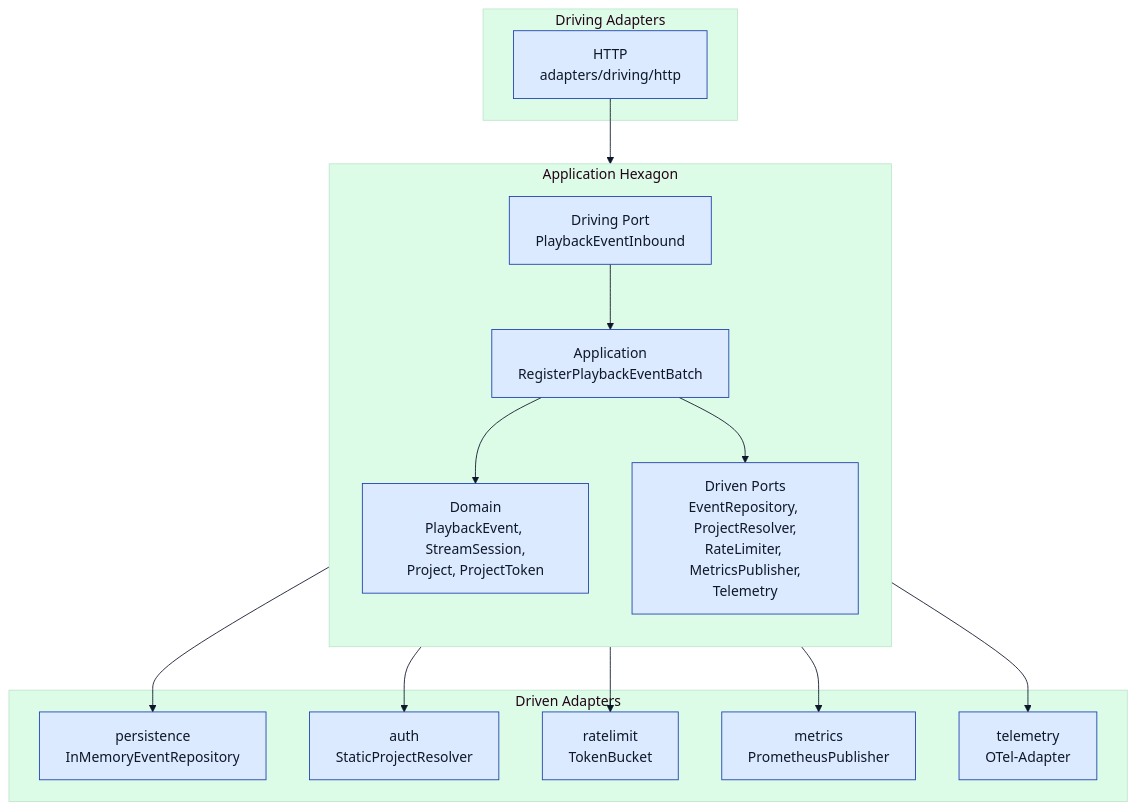
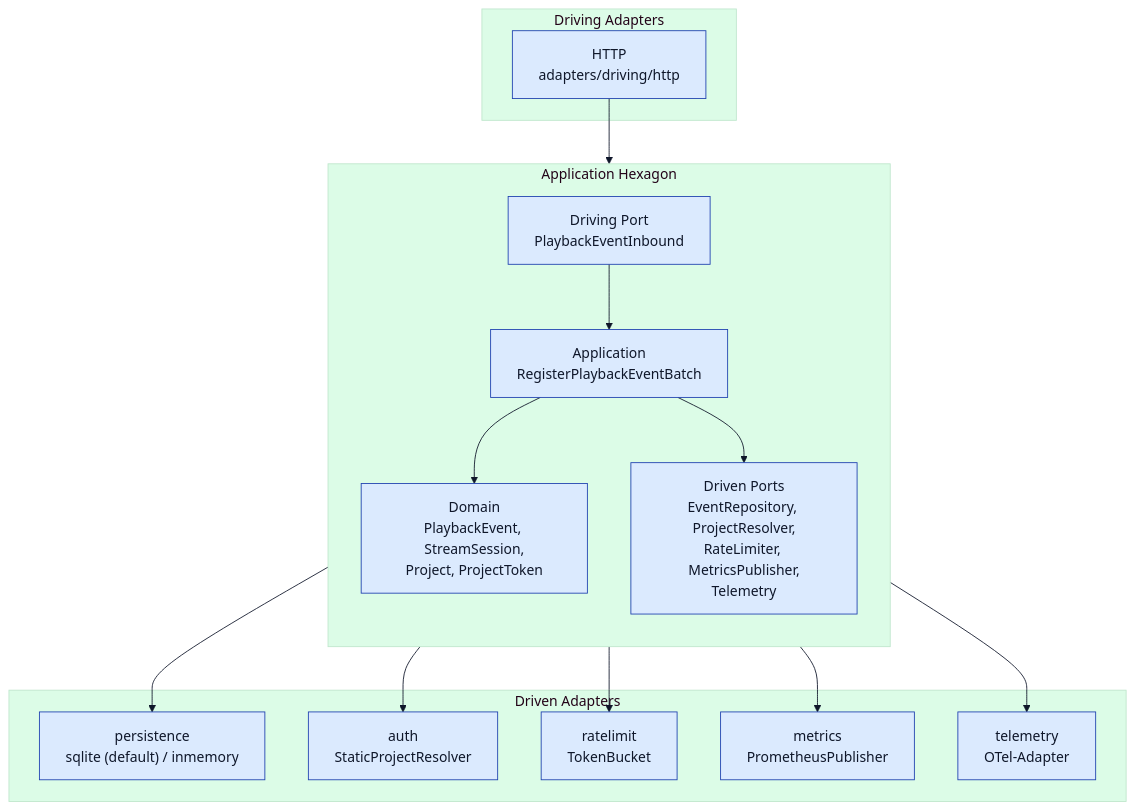
Before and after one commit to pt9912/m-trace: the second of 6 diagrams in spec/architecture.md, drawn with Mermaid. The commit also changed other lines of this file and 2 other files, not shown here.

````diff
--- a/spec/architecture.md
+++ b/spec/architecture.md
@@ -104,34 +104,34 @@
 ```mermaid
 %%{init: {'theme':'base','themeVariables':{'background':'#f8fafc','primaryColor':'#dbeafe','primaryTextColor':'#0f172a','primaryBorderColor':'#1e40af','lineColor':'#0f172a','secondaryColor':'#fef3c7','tertiaryColor':'#dcfce7','noteBkgColor':'#fef3c7','noteTextColor':'#0f172a','noteBorderColor':'#a16207','actorBkg':'#dbeafe','actorBorder':'#1e40af','actorTextColor':'#0f172a','actorLineColor':'#475569','signalColor':'#0f172a','signalTextColor':'#0f172a','sequenceNumberColor':'#ffffff','labelTextColor':'#0f172a','loopTextColor':'#0f172a','edgeLabelBackground':'#f8fafc'}}}%%
 flowchart TB
     subgraph driving["Driving Adapters"]
         HTTP["HTTP<br/>adapters/driving/http"]
     end
 
     subgraph hexagon["Application Hexagon"]
         direction TB
         InPort["Driving Port<br/>PlaybackEventInbound"]
         UseCase["Application<br/>RegisterPlaybackEventBatch"]
         Domain["Domain<br/>PlaybackEvent, StreamSession,<br/>Project, ProjectToken"]
         OutPorts["Driven Ports<br/>EventRepository, ProjectResolver,<br/>RateLimiter, MetricsPublisher,<br/>Telemetry"]
 
         InPort --> UseCase
         UseCase --> Domain
         UseCase --> OutPorts
     end
 
     subgraph driven["Driven Adapters"]
-        Persist["persistence<br/>InMemoryEventRepository"]
+        Persist["persistence<br/>sqlite (default) / inmemory"]
         Auth["auth<br/>StaticProjectResolver"]
         Rate["ratelimit<br/>TokenBucket"]
         Metrics["metrics<br/>PrometheusPublisher"]
         Telemetry["telemetry<br/>OTel-Adapter"]
     end
 
     HTTP --> InPort
     OutPorts --> Persist
     OutPorts --> Auth
     OutPorts --> Rate
     OutPorts --> Metrics
     OutPorts --> Telemetry
 ```
````
